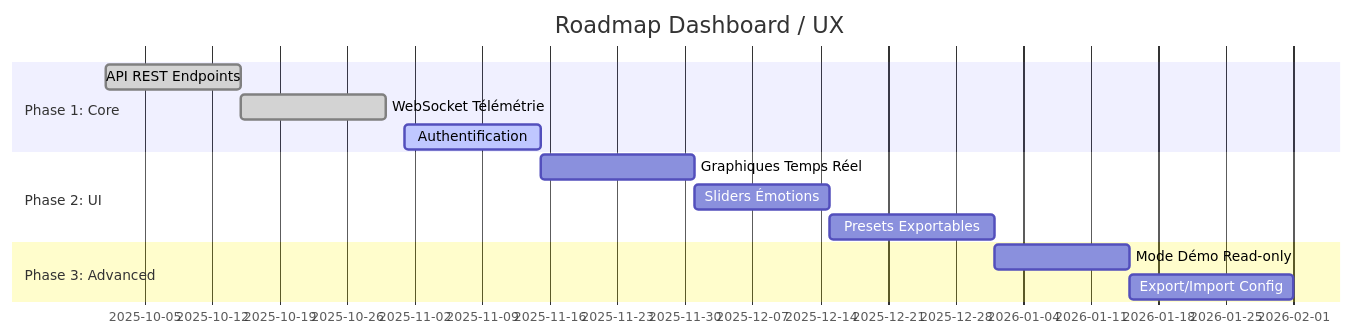
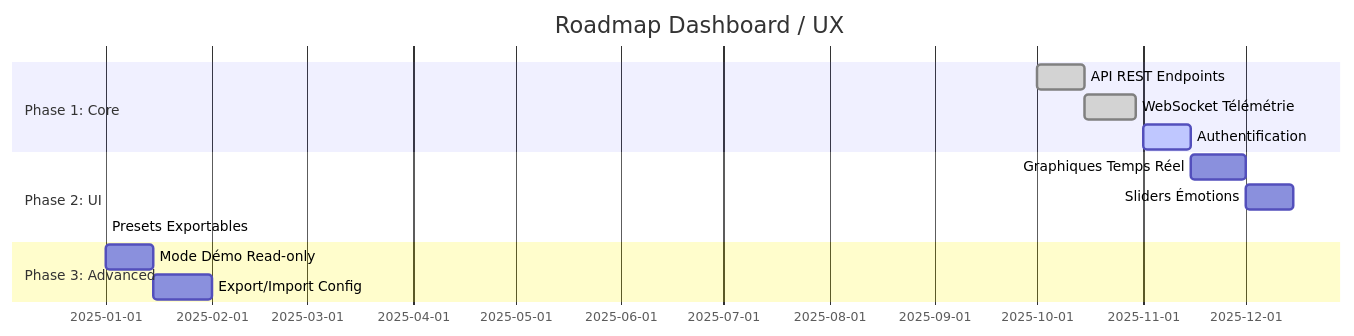
One commit to arkalia-luna-system/bbia-sim changed the second of 3 diagrams in docs/dashboard/ROADMAP_DASHBOARD.md. Above: the diagram before and after it, drawn with Mermaid. The commit also changed 316 other files, not shown here.

````diff
--- a/docs/dashboard/ROADMAP_DASHBOARD.md
+++ b/docs/dashboard/ROADMAP_DASHBOARD.md
@@ -46,18 +46,18 @@
 ```mermaid
 gantt
     title Roadmap Dashboard / UX
     dateFormat  YYYY-MM-DD
     section Phase 1: Core
     API REST Endpoints        :done, api1, 2025-10-01, 2025-10-15
     WebSocket Télémétrie      :done, ws1, 2025-10-15, 2025-10-30
     Authentification          :active, auth1, 2025-11-01, 2025-11-15
     
     section Phase 2: UI
     Graphiques Temps Réel     :ui1, 2025-11-15, 2025-12-01
     Sliders Émotions          :ui2, 2025-12-01, 2025-12-15
-    Presets Exportables       :ui3, 2025-12-15, 2026-01-01
+    Presets Exportables       :ui3, 2025-12-15, 2025-01-01
     
     section Phase 3: Advanced
-    Mode Démo Read-only       :adv1, 2026-01-01, 2026-01-15
-    Export/Import Config      :adv2, 2026-01-15, 2026-02-01
+    Mode Démo Read-only       :adv1, 2025-01-01, 2025-01-15
+    Export/Import Config      :adv2, 2025-01-15, 2025-02-01
 ```
````
